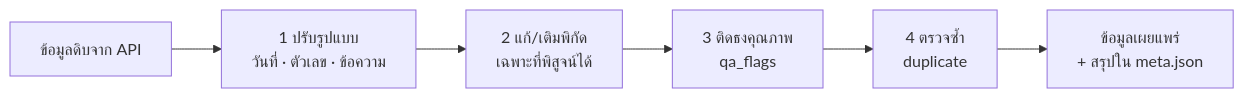
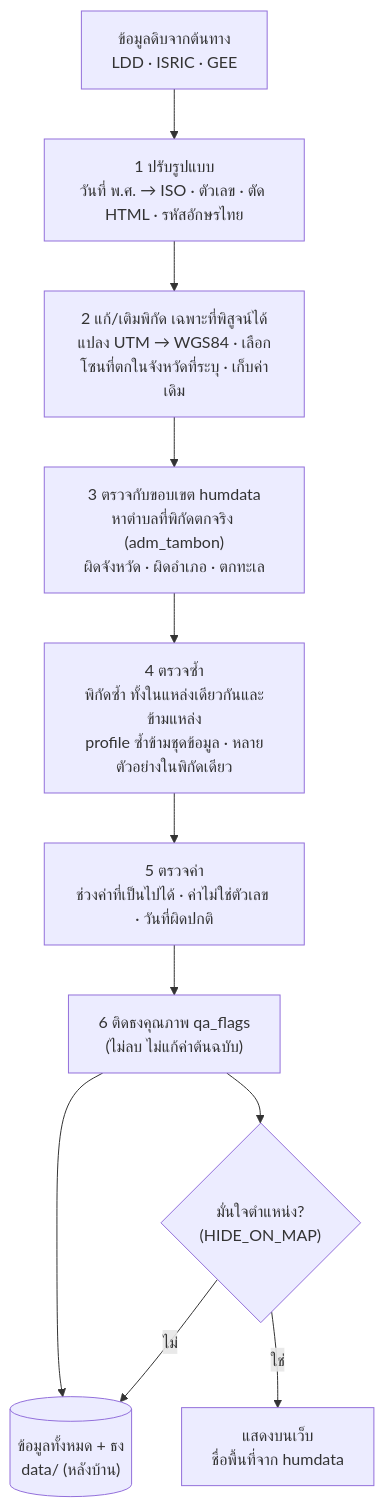
One commit to Navavit/sisoil changed the diagram in docs/data-cleaning.md. Above: the diagram before and after it, drawn with Mermaid. The commit also changed other lines of this file and 4 other files, not shown here.

````diff
--- a/docs/data-cleaning.md
+++ b/docs/data-cleaning.md
@@ -12,8 +13,13 @@
 ```mermaid
-flowchart LR
-    RAW[ข้อมูลดิบจาก API] --> N[1 ปรับรูปแบบ<br/>วันที่ · ตัวเลข · ข้อความ]
-    N --> C[2 แก้/เติมพิกัด<br/>เฉพาะที่พิสูจน์ได้]
-    C --> Q[3 ติดธงคุณภาพ<br/>qa_flags]
-    Q --> D[4 ตรวจซ้ำ<br/>duplicate]
-    D --> OUT[ข้อมูลเผยแพร่<br/>+ สรุปใน meta.json]
+flowchart TD
+    RAW[ข้อมูลดิบจากต้นทาง<br/>LDD · ISRIC · GEE] --> N["1 ปรับรูปแบบ<br/>วันที่ พ.ศ. → ISO · ตัวเลข · ตัด HTML · รหัสอักษรไทย"]
+    N --> C["2 แก้/เติมพิกัด เฉพาะที่พิสูจน์ได้<br/>แปลง UTM → WGS84 · เลือกโซนที่ตกในจังหวัดที่ระบุ · เก็บค่าเดิม"]
+    C --> A["3 ตรวจกับขอบเขต humdata<br/>หาตำบลที่พิกัดตกจริง (adm_tambon)<br/>ผิดจังหวัด · ผิดอำเภอ · ตกทะเล"]
+    A --> D["4 ตรวจซ้ำ<br/>พิกัดซ้ำ ทั้งในแหล่งเดียวกันและข้ามแหล่ง<br/>profile ซ้ำข้ามชุดข้อมูล · หลายตัวอย่างในพิกัดเดียว"]
+    D --> V["5 ตรวจค่า<br/>ช่วงค่าที่เป็นไปได้ · ค่าไม่ใช่ตัวเลข · วันที่ผิดปกติ"]
+    V --> Q["6 ติดธงคุณภาพ qa_flags<br/>(ไม่ลบ ไม่แก้ค่าต้นฉบับ)"]
+    Q --> ALL[("ข้อมูลทั้งหมด + ธง<br/>data/ (หลังบ้าน)")]
+    Q --> WEB{"มั่นใจตำแหน่ง?<br/>(HIDE_ON_MAP)"}
+    WEB -- "ใช่" --> SITE[แสดงบนเว็บ<br/>ชื่อพื้นที่จาก humdata]
+    WEB -- "ไม่" --> ALL
 ```
````
